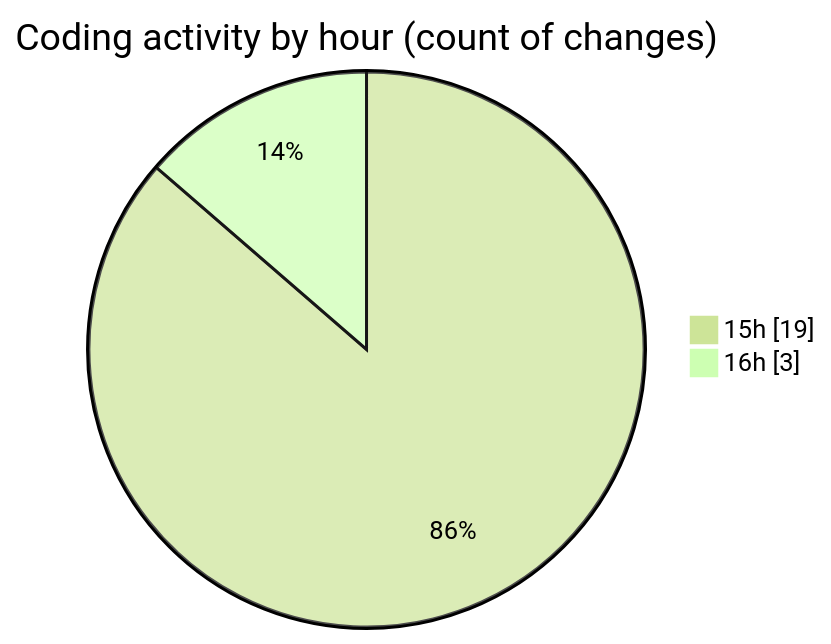
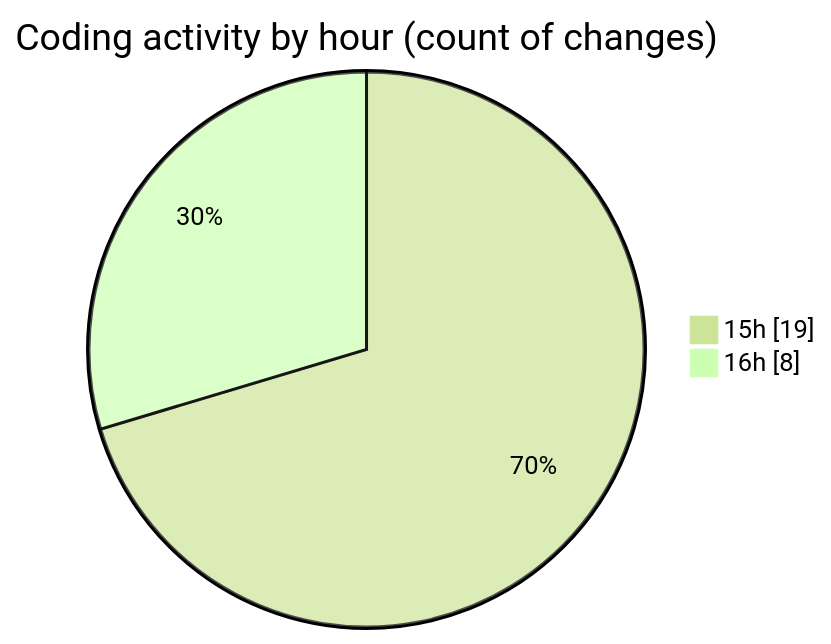
Before and after one commit to nxtqubesakshisongat/code-tracking: the second of 2 diagrams in 2025-10-07/nxtqube_webapp/README.md, drawn with Mermaid (forest theme). The commit also changed other lines of this file and 1 other file, not shown here.

````diff
--- a/2025-10-07/nxtqube_webapp/README.md
+++ b/2025-10-07/nxtqube_webapp/README.md
@@ -30,6 +30,6 @@
 ```mermaid
 pie showData
 title Coding activity by hour (count of changes)
 "15h" : 19
-"16h" : 3
+"16h" : 8
 ```
````
